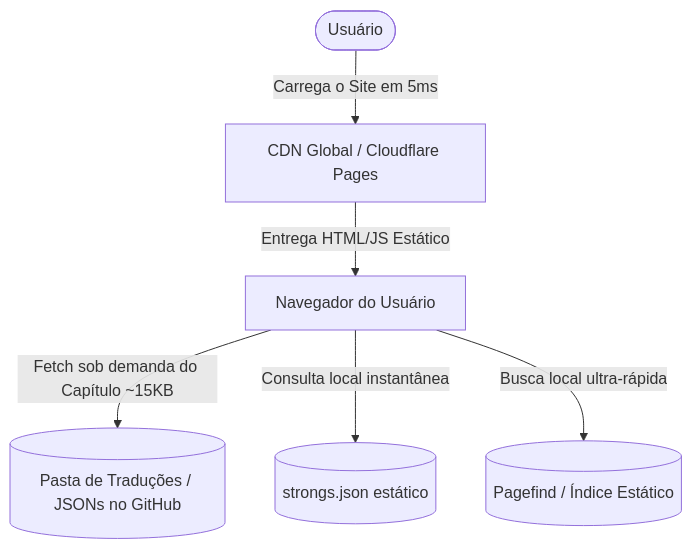
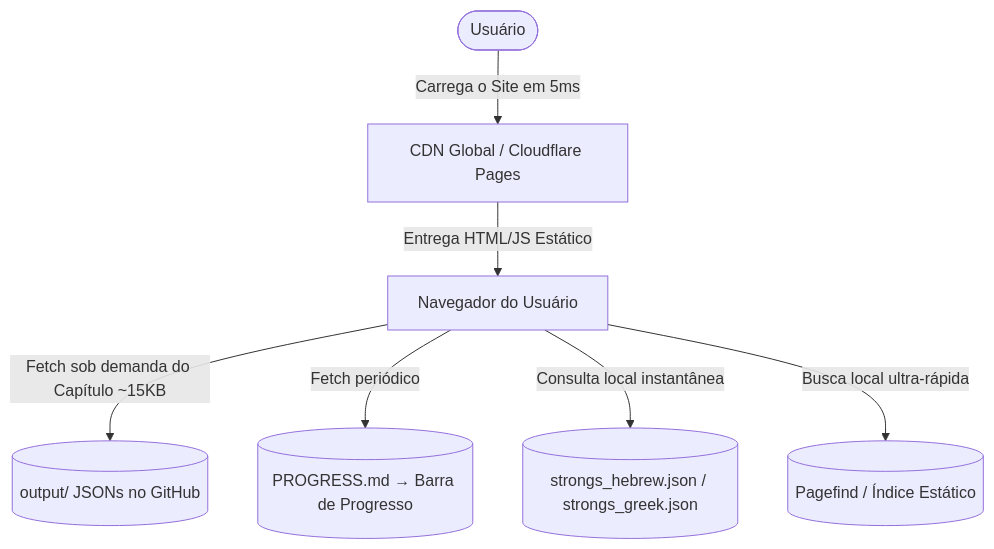
The diagram in FUTURE_WEB_APP_PLAN.md (cristianismohumilde/AI-BIBLE), drawn with Mermaid before and after one commit. The commit also changed other lines of this file, not shown here.

Commit message:
docs: Update FUTURE_WEB_APP_PLAN with Phase 1 implemented features table and Phase 2 roadmap (Strong hover, Exegesis drawer, semantic AI search)

````diff
--- a/FUTURE_WEB_APP_PLAN.md
+++ b/FUTURE_WEB_APP_PLAN.md
@@ -49,8 +82,9 @@
 ```mermaid
 graph TD
     User([Usuário]) -->|Carrega o Site em 5ms| CDN[CDN Global / Cloudflare Pages]
     CDN -->|Entrega HTML/JS Estático| Browser[Navegador do Usuário]
-    Browser -->|Fetch sob demanda do Capítulo ~15KB| JSONs[(Pasta de Traduções / JSONs no GitHub)]
-    Browser -->|Consulta local instantânea| Strongs[(strongs.json estático)]
+    Browser -->|Fetch sob demanda do Capítulo ~15KB| JSONs[(output/ JSONs no GitHub)]
+    Browser -->|Fetch periódico| PROGRESS[(PROGRESS.md → Barra de Progresso)]
+    Browser -->|Consulta local instantânea| Strongs[(strongs_hebrew.json / strongs_greek.json)]
     Browser -->|Busca local ultra-rápida| Index[(Pagefind / Índice Estático)]
 ```
````
